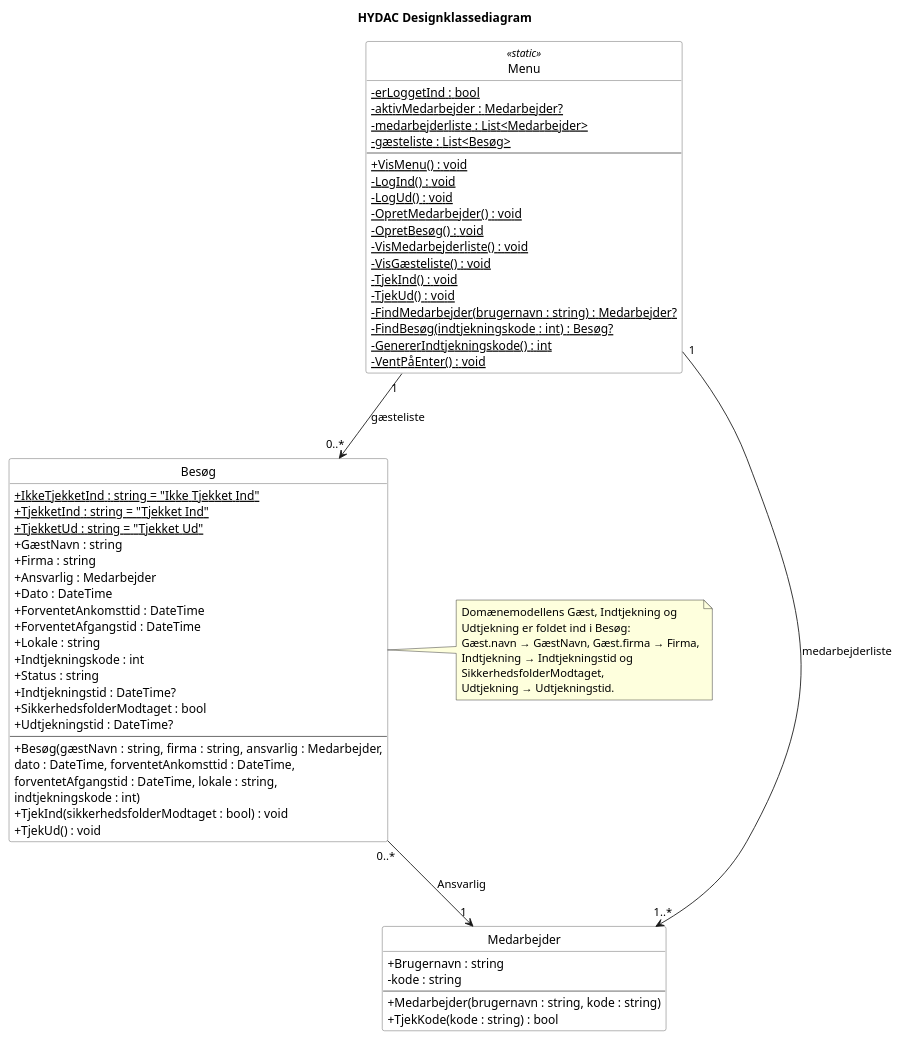
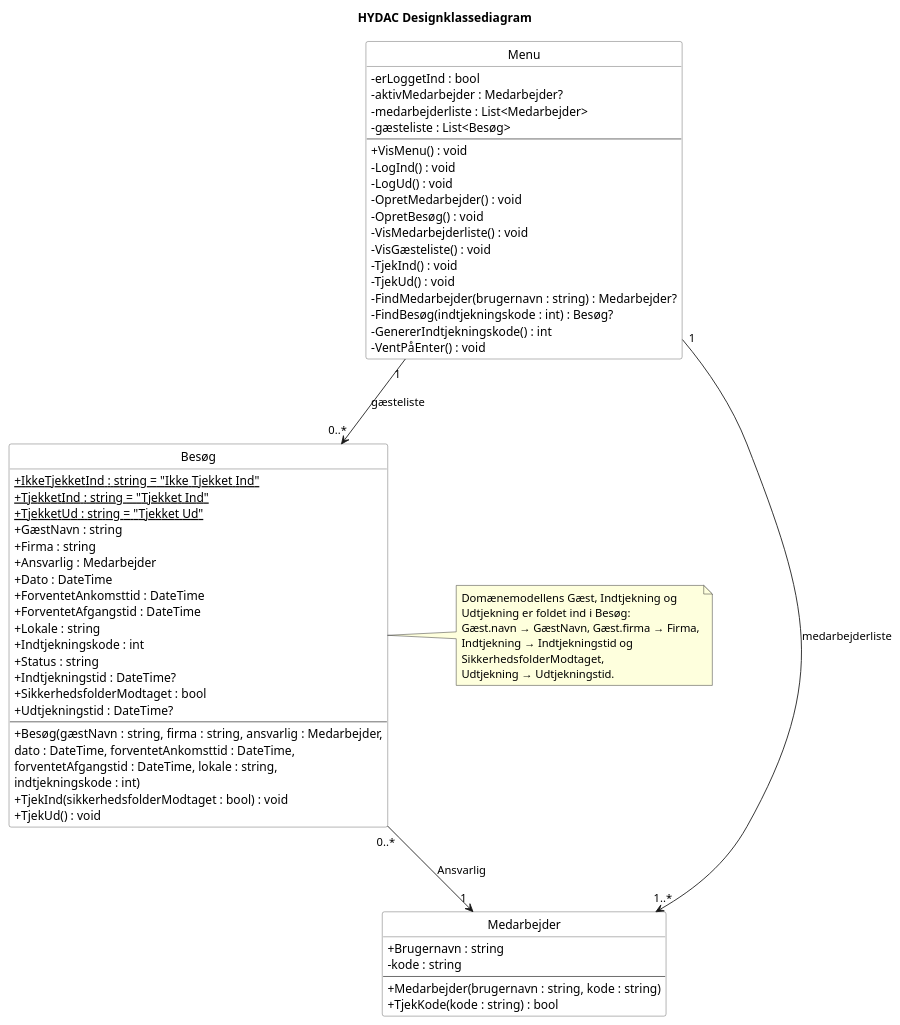
One commit to Zoabz/Hydac changed the diagram in 7. Design Class Diagram/7. Design Class Diagram.puml. Above: the diagram before and after it, drawn with PlantUML. The commit also changed 5 other files, not shown here.

```diff
--- a/7. Design Class Diagram/7. Design Class Diagram.puml
+++ b/7. Design Class Diagram/7. Design Class Diagram.puml
@@ -1,83 +1,83 @@
 @startuml
 title HYDAC Designklassediagram
 
 hide circle
 hide empty members
 
 skinparam classAttributeIconSize 0
 skinparam nodesep 80
 skinparam ranksep 80
 
 skinparam class {
     BackgroundColor white
     BorderColor #555555
 }
 
-class Menu <<static>> {
-    - {static} erLoggetInd : bool
-    - {static} aktivMedarbejder : Medarbejder?
-    - {static} medarbejderliste : List<Medarbejder>
-    - {static} gæsteliste : List<Besøg>
+class Menu {
+    - erLoggetInd : bool
+    - aktivMedarbejder : Medarbejder?
+    - medarbejderliste : List<Medarbejder>
+    - gæsteliste : List<Besøg>
     --
-    + {static} VisMenu() : void
-    - {static} LogInd() : void
-    - {static} LogUd() : void
-    - {static} OpretMedarbejder() : void
-    - {static} OpretBesøg() : void
-    - {static} VisMedarbejderliste() : void
-    - {static} VisGæsteliste() : void
-    - {static} TjekInd() : void
-    - {static} TjekUd() : void
-    - {static} FindMedarbejder(brugernavn : string) : Medarbejder?
-    - {static} FindBesøg(indtjekningskode : int) : Besøg?
-    - {static} GenererIndtjekningskode() : int
-    - {static} VentPåEnter() : void
+    + VisMenu() : void
+    - LogInd() : void
+    - LogUd() : void
+    - OpretMedarbejder() : void
+    - OpretBesøg() : void
+    - VisMedarbejderliste() : void
+    - VisGæsteliste() : void
+    - TjekInd() : void
+    - TjekUd() : void
+    - FindMedarbejder(brugernavn : string) : Medarbejder?
+    - FindBesøg(indtjekningskode : int) : Besøg?
+    - GenererIndtjekningskode() : int
+    - VentPåEnter() : void
 }
 
 class Medarbejder {
     + Brugernavn : string
     - kode : string
     --
     + Medarbejder(brugernavn : string, kode : string)
     + TjekKode(kode : string) : bool
 }
 
 class Besøg {
     + {static} IkkeTjekketInd : string = "Ikke Tjekket Ind"
     + {static} TjekketInd : string = "Tjekket Ind"
     + {static} TjekketUd : string = "Tjekket Ud"
     + GæstNavn : string
     + Firma : string
     + Ansvarlig : Medarbejder
     + Dato : DateTime
     + ForventetAnkomsttid : DateTime
     + ForventetAfgangstid : DateTime
     + Lokale : string
     + Indtjekningskode : int
     + Status : string
     + Indtjekningstid : DateTime?
     + SikkerhedsfolderModtaget : bool
     + Udtjekningstid : DateTime?
     --
     + Besøg(gæstNavn : string, firma : string, ansvarlig : Medarbejder,
         dato : DateTime, forventetAnkomsttid : DateTime,
         forventetAfgangstid : DateTime, lokale : string,
         indtjekningskode : int)
     + TjekInd(sikkerhedsfolderModtaget : bool) : void
     + TjekUd() : void
 }
 
 note right of Besøg
     Domænemodellens Gæst, Indtjekning og
     Udtjekning er foldet ind i Besøg:
     Gæst.navn → GæstNavn, Gæst.firma → Firma,
     Indtjekning → Indtjekningstid og
     SikkerhedsfolderModtaget,
     Udtjekning → Udtjekningstid.
 end note
 
 Menu "1" --> "0..*" Besøg : gæsteliste
 Menu "1" --> "1..*" Medarbejder : medarbejderliste
 Besøg "0..*" --> "1" Medarbejder : Ansvarlig
 
 @enduml
```
